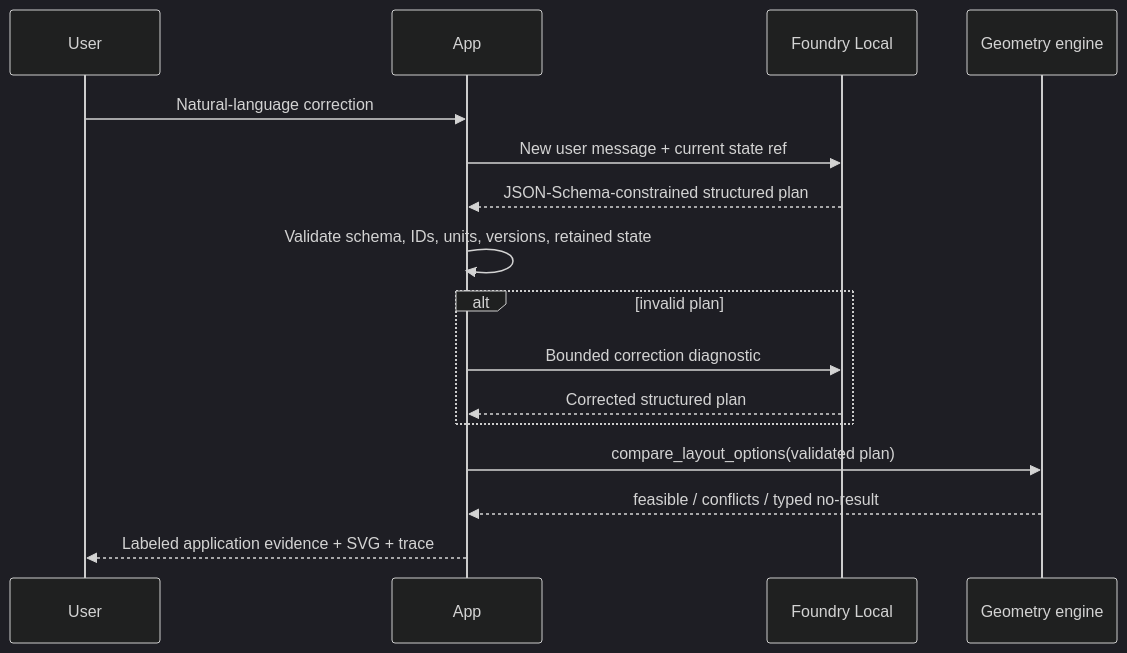
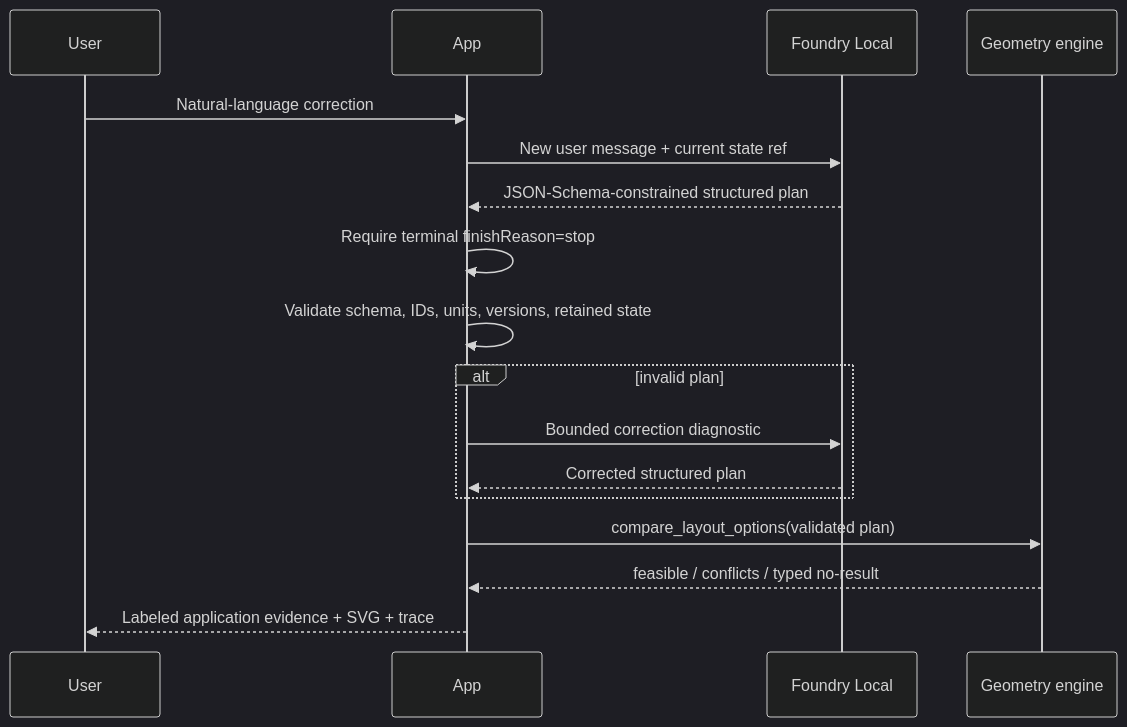
The third of 3 diagrams in ARCHITECTURE.md (Wayne-Ch/foundry-local-new-home-app), drawn with Mermaid (dark theme) before and after one commit. The commit also changed other lines of this file and 28 other files, not shown here.

````diff
--- a/ARCHITECTURE.md
+++ b/ARCHITECTURE.md
@@ -104,19 +135,20 @@
 ```mermaid
 sequenceDiagram
   participant U as User
   participant A as App
   participant F as Foundry Local
   participant G as Geometry engine
 
   U->>A: Natural-language correction
   A->>F: New user message + current state ref
   F-->>A: JSON-Schema-constrained structured plan
+  A->>A: Require terminal finishReason=stop
   A->>A: Validate schema, IDs, units, versions, retained state
   alt invalid plan
     A->>F: Bounded correction diagnostic
     F-->>A: Corrected structured plan
   end
   A->>G: compare_layout_options(validated plan)
   G-->>A: feasible / conflicts / typed no-result
   A-->>U: Labeled application evidence + SVG + trace
 ```
````
